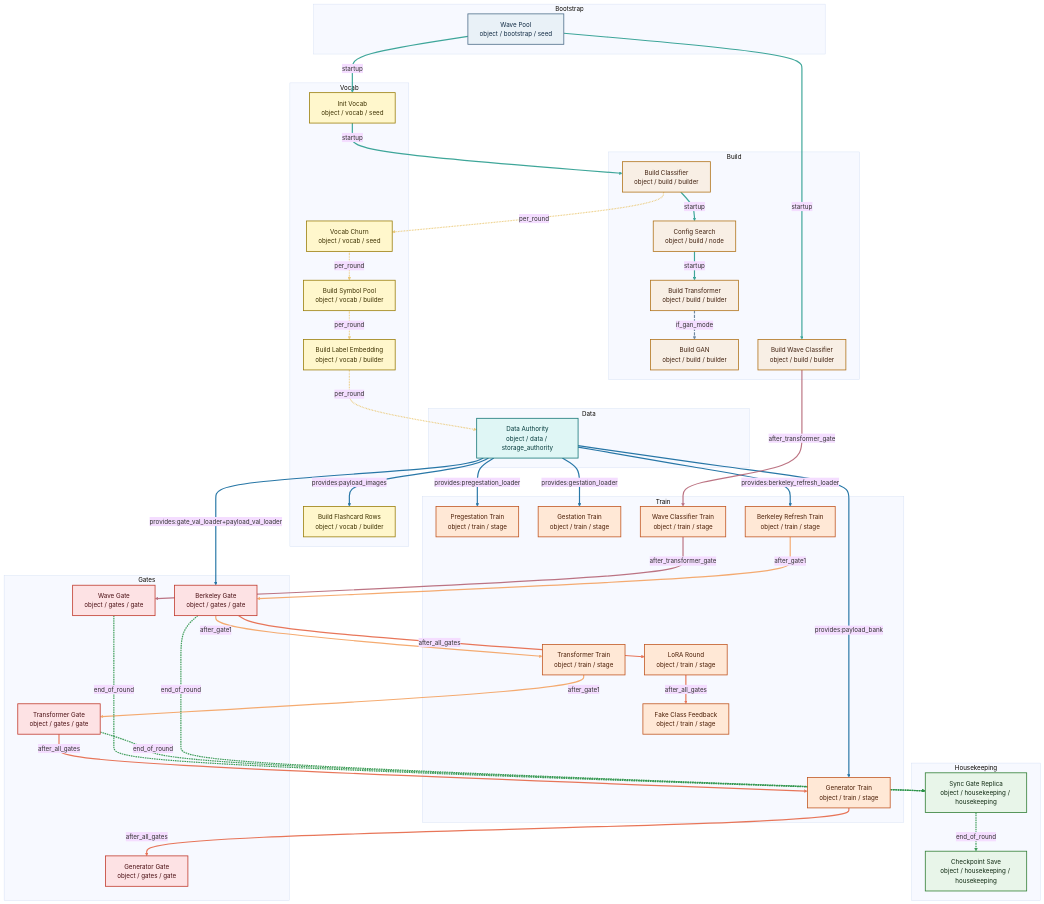
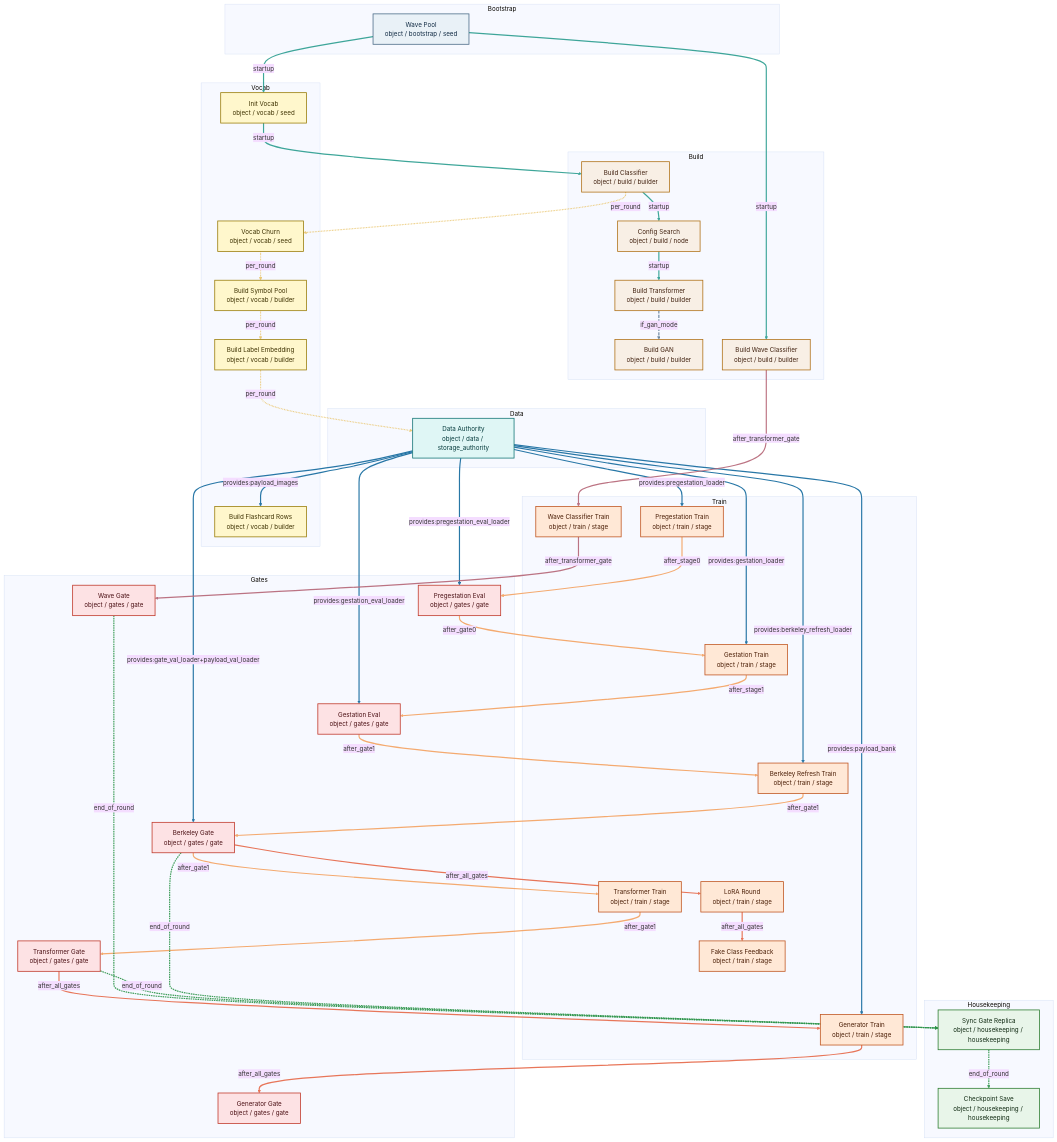
Before and after one commit to sangderenard/meta-nn: the second of 7 diagrams in README.md, drawn with Mermaid. The commit also changed other lines of this file and 9 other files, not shown here.

Commit message:
more mermaid oriented architectural changes

````diff
--- a/README.md
+++ b/README.md
@@ -49,6 +311,8 @@
         stage_fake_feedback["Fake Class Feedback<br/>object / train / stage"]
     end
     subgraph group_gates[Gates]
+        gate_0_pregestation_eval["Pregestation Eval<br/>object / gates / gate"]
+        gate_1_gestation_eval["Gestation Eval<br/>object / gates / gate"]
         gate_berkeley["Berkeley Gate<br/>object / gates / gate"]
         gate_transformer["Transformer Gate<br/>object / gates / gate"]
         gate_generator["Generator Gate<br/>object / gates / gate"]
@@ -70,11 +334,17 @@
     build_symbol_pool -- "per_round" --> build_label_embedding
     build_label_embedding -- "per_round" --> data_node
     data_node -- "provides:pregestation_loader" --> stage_0_pregestation
+    data_node -- "provides:pregestation_eval_loader" --> gate_0_pregestation_eval
     data_node -- "provides:gestation_loader" --> stage_1_gestation
+    data_node -- "provides:gestation_eval_loader" --> gate_1_gestation_eval
     data_node -- "provides:berkeley_refresh_loader" --> stage_2_berkeley
     data_node -- "provides:gate_val_loader+payload_val_loader" --> gate_berkeley
     data_node -- "provides:payload_bank" --> stage_g_generator
     data_node -- "provides:payload_images" --> build_flashcard_rows
+    stage_0_pregestation -- "after_stage0" --> gate_0_pregestation_eval
+    gate_0_pregestation_eval -- "after_gate0" --> stage_1_gestation
+    stage_1_gestation -- "after_stage1" --> gate_1_gestation_eval
+    gate_1_gestation_eval -- "after_gate1" --> stage_2_berkeley
     stage_2_berkeley -- "after_gate1" --> gate_berkeley
     gate_berkeley -- "after_gate1" --> stage_r_transformer
     stage_r_transformer -- "after_gate1" --> gate_transformer
@@ -106,7 +376,7 @@
     class build_classifier,config_search,build_transformer,build_gan,build_wave_classifier faculty_build;
     class data_node faculty_data;
     class stage_0_pregestation,stage_1_gestation,stage_2_berkeley,stage_r_transformer,stage_g_generator,stage_w_wave_classifier,stage_c_lora,stage_fake_feedback faculty_train;
-    class gate_berkeley,gate_transformer,gate_generator,gate_wave faculty_gates;
+    class gate_0_pregestation_eval,gate_1_gestation_eval,gate_berkeley,gate_transformer,gate_generator,gate_wave faculty_gates;
     class sync_gate_replica,checkpoint_save faculty_housekeeping;
     linkStyle 0 stroke:#2A9D8F,stroke-width:3px,opacity:0.9,stroke-dasharray:0;
     linkStyle 1 stroke:#2A9D8F,stroke-width:3px,opacity:0.9,stroke-dasharray:0;
@@ -124,17 +394,23 @@
     linkStyle 13 stroke:#1D70A2,stroke-width:3px,opacity:0.95,stroke-dasharray:0;
     linkStyle 14 stroke:#1D70A2,stroke-width:3px,opacity:0.95,stroke-dasharray:0;
     linkStyle 15 stroke:#1D70A2,stroke-width:3px,opacity:0.95,stroke-dasharray:0;
-    linkStyle 16 stroke:#F4A261,stroke-width:3px,opacity:0.9,stroke-dasharray:0;
-    linkStyle 17 stroke:#F4A261,stroke-width:3px,opacity:0.9,stroke-dasharray:0;
+    linkStyle 16 stroke:#1D70A2,stroke-width:3px,opacity:0.95,stroke-dasharray:0;
+    linkStyle 17 stroke:#1D70A2,stroke-width:3px,opacity:0.95,stroke-dasharray:0;
     linkStyle 18 stroke:#F4A261,stroke-width:3px,opacity:0.9,stroke-dasharray:0;
-    linkStyle 19 stroke:#E76F51,stroke-width:3px,opacity:0.95,stroke-dasharray:0;
-    linkStyle 20 stroke:#E76F51,stroke-width:3px,opacity:0.95,stroke-dasharray:0;
-    linkStyle 21 stroke:#E76F51,stroke-width:3px,opacity:0.95,stroke-dasharray:0;
-    linkStyle 22 stroke:#E76F51,stroke-width:3px,opacity:0.95,stroke-dasharray:0;
-    linkStyle 23 stroke:#B56576,stroke-width:3px,opacity:0.9,stroke-dasharray:0;
-    linkStyle 24 stroke:#B56576,stroke-width:3px,opacity:0.9,stroke-dasharray:0;
-    linkStyle 25 stroke:#2B9348,stroke-width:3px,opacity:0.9,stroke-dasharray:4 2;
-    linkStyle 26 stroke:#2B9348,stroke-width:3px,opacity:0.9,stroke-dasharray:4 2;
-    linkStyle 27 stroke:#2B9348,stroke-width:3px,opacity:0.9,stroke-dasharray:4 2;
-    linkStyle 28 stroke:#2B9348,stroke-width:3px,opacity:0.9,stroke-dasharray:4 2;
+    linkStyle 19 stroke:#F4A261,stroke-width:3px,opacity:0.9,stroke-dasharray:0;
+    linkStyle 20 stroke:#F4A261,stroke-width:3px,opacity:0.9,stroke-dasharray:0;
+    linkStyle 21 stroke:#F4A261,stroke-width:3px,opacity:0.9,stroke-dasharray:0;
+    linkStyle 22 stroke:#F4A261,stroke-width:3px,opacity:0.9,stroke-dasharray:0;
+    linkStyle 23 stroke:#F4A261,stroke-width:3px,opacity:0.9,stroke-dasharray:0;
+    linkStyle 24 stroke:#F4A261,stroke-width:3px,opacity:0.9,stroke-dasharray:0;
+    linkStyle 25 stroke:#E76F51,stroke-width:3px,opacity:0.95,stroke-dasharray:0;
+    linkStyle 26 stroke:#E76F51,stroke-width:3px,opacity:0.95,stroke-dasharray:0;
+    linkStyle 27 stroke:#E76F51,stroke-width:3px,opacity:0.95,stroke-dasharray:0;
+    linkStyle 28 stroke:#E76F51,stroke-width:3px,opacity:0.95,stroke-dasharray:0;
+    linkStyle 29 stroke:#B56576,stroke-width:3px,opacity:0.9,stroke-dasharray:0;
+    linkStyle 30 stroke:#B56576,stroke-width:3px,opacity:0.9,stroke-dasharray:0;
+    linkStyle 31 stroke:#2B9348,stroke-width:3px,opacity:0.9,stroke-dasharray:4 2;
+    linkStyle 32 stroke:#2B9348,stroke-width:3px,opacity:0.9,stroke-dasharray:4 2;
+    linkStyle 33 stroke:#2B9348,stroke-width:3px,opacity:0.9,stroke-dasharray:4 2;
+    linkStyle 34 stroke:#2B9348,stroke-width:3px,opacity:0.9,stroke-dasharray:4 2;
 ```
````
